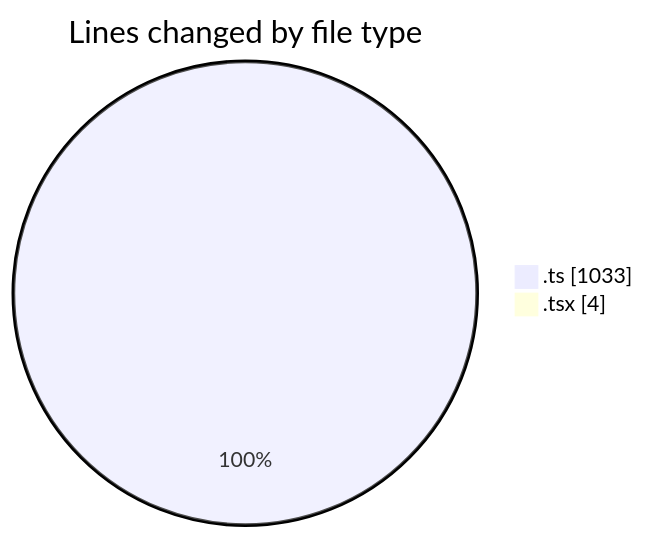
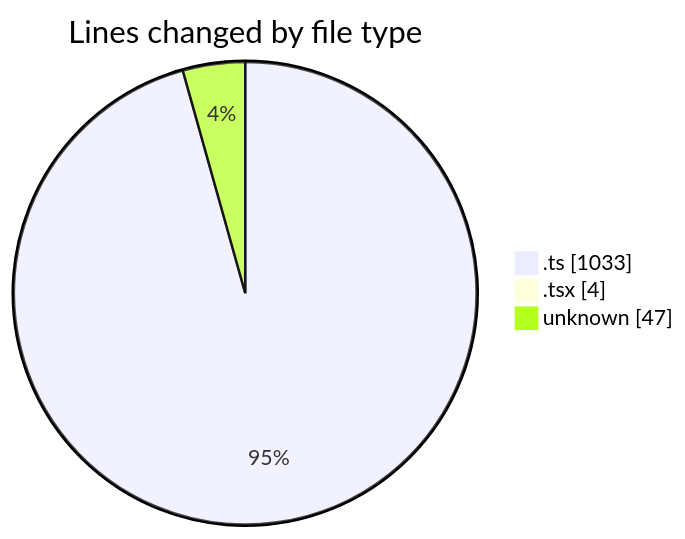
One commit to momahboobian/code-tracking changed the first of 2 diagrams in 2025-09-11/cda/README.md. Above: the diagram before and after it, drawn with Mermaid. The commit also changed other lines of this file and 1 other file, not shown here.

````diff
--- a/2025-09-11/cda/README.md
+++ b/2025-09-11/cda/README.md
@@ -24,6 +25,7 @@
 ```mermaid
 pie showData
 title Lines changed by file type
 ".ts" : 1033
 ".tsx" : 4
+"unknown" : 47
 ```
````
